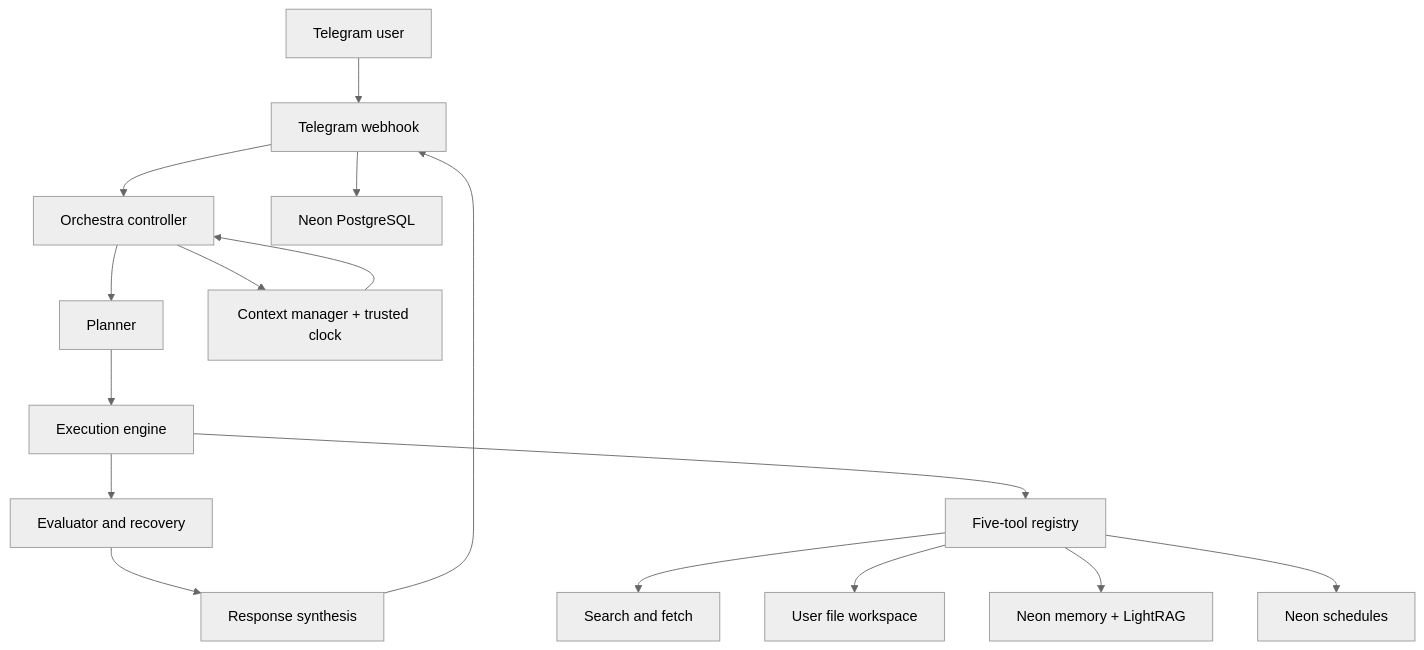
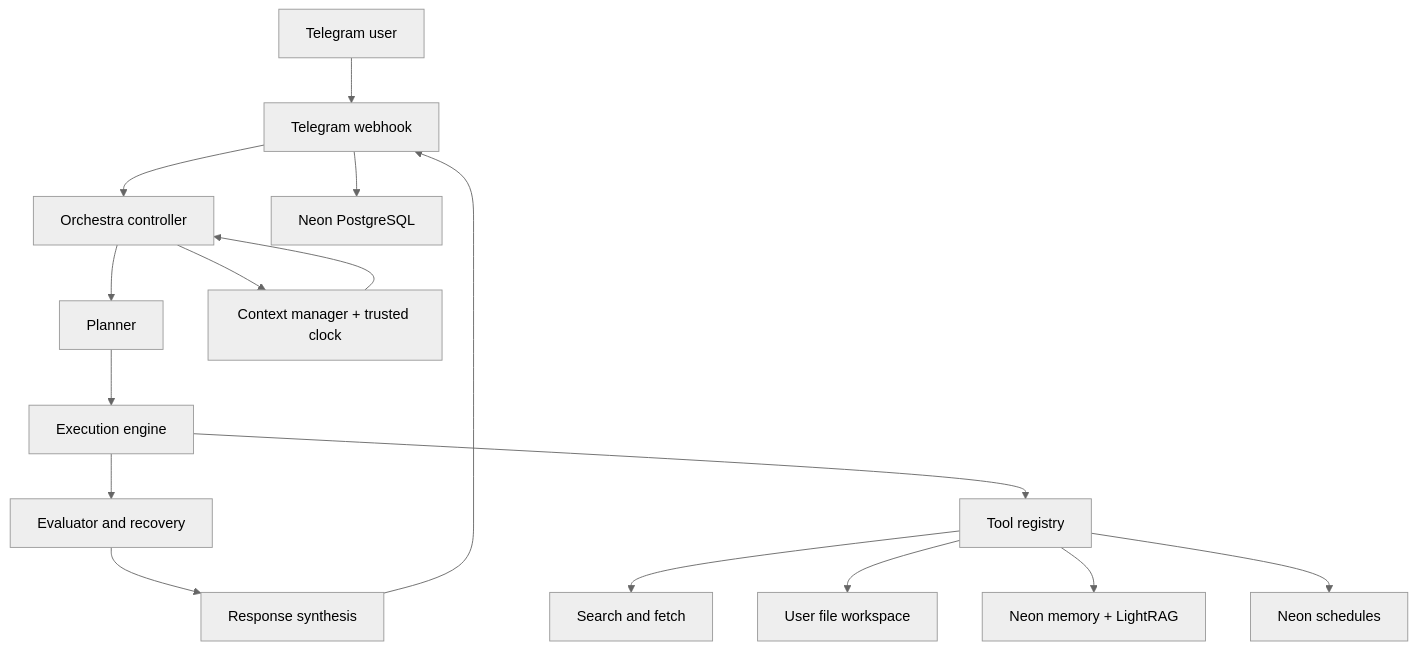
One commit to Klyntech/NallyHermes changed the diagram in README.md. Above: the diagram before and after it, drawn with Mermaid (neutral theme). The commit also changed other lines of this file and 1 other file, not shown here.

````diff
--- a/README.md
+++ b/README.md
@@ -41,18 +44,18 @@
 ```mermaid
 flowchart TD
     U[Telegram user] --> T[Telegram webhook]
     T --> C[Orchestra controller]
     C --> P[Planner]
     P --> X[Execution engine]
     X --> V[Evaluator and recovery]
     V --> R[Response synthesis]
     R --> T
-    X --> W[Five-tool registry]
+    X --> W[Tool registry]
     W --> S[Search and fetch]
     W --> F[User file workspace]
     W --> M[Neon memory + LightRAG]
     W --> J[Neon schedules]
     C --> CTX[Context manager + trusted clock]
     CTX --> C
     T --> PG[Neon PostgreSQL]
 ```
````
